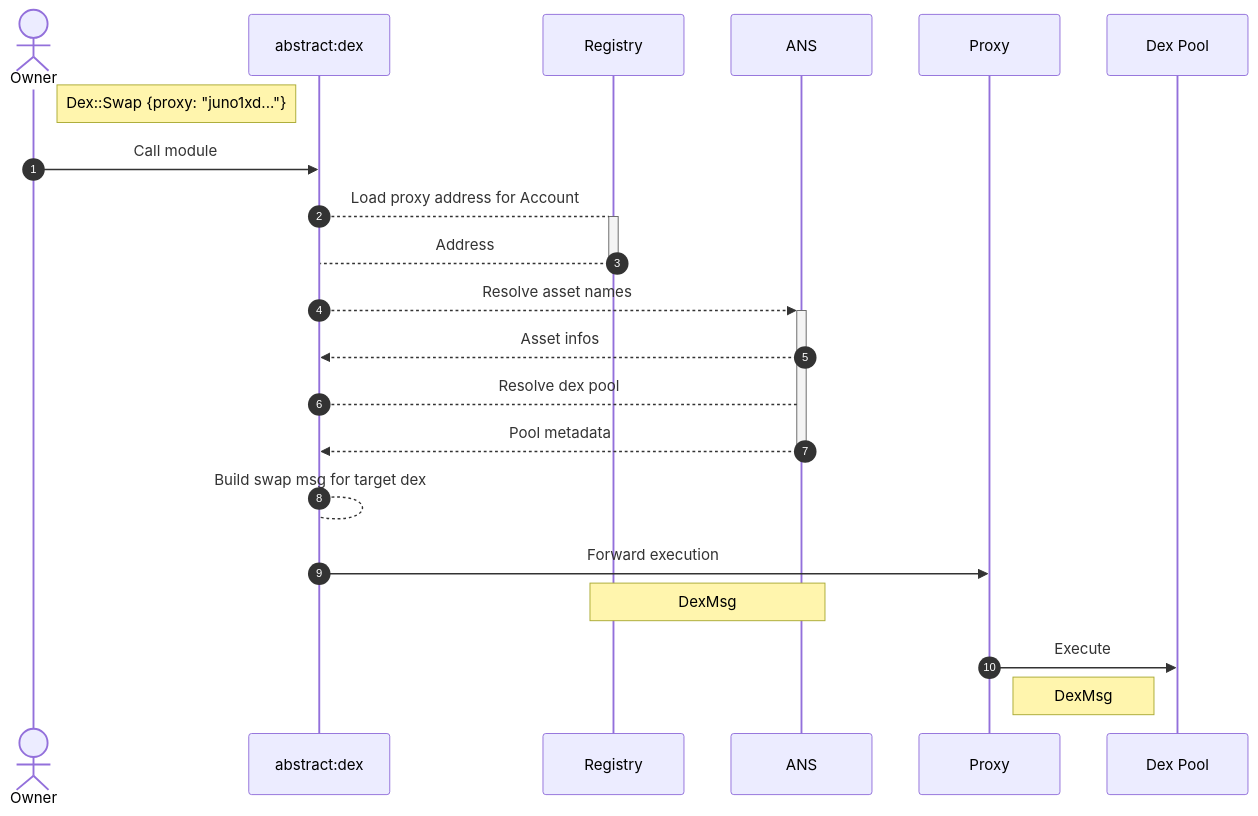
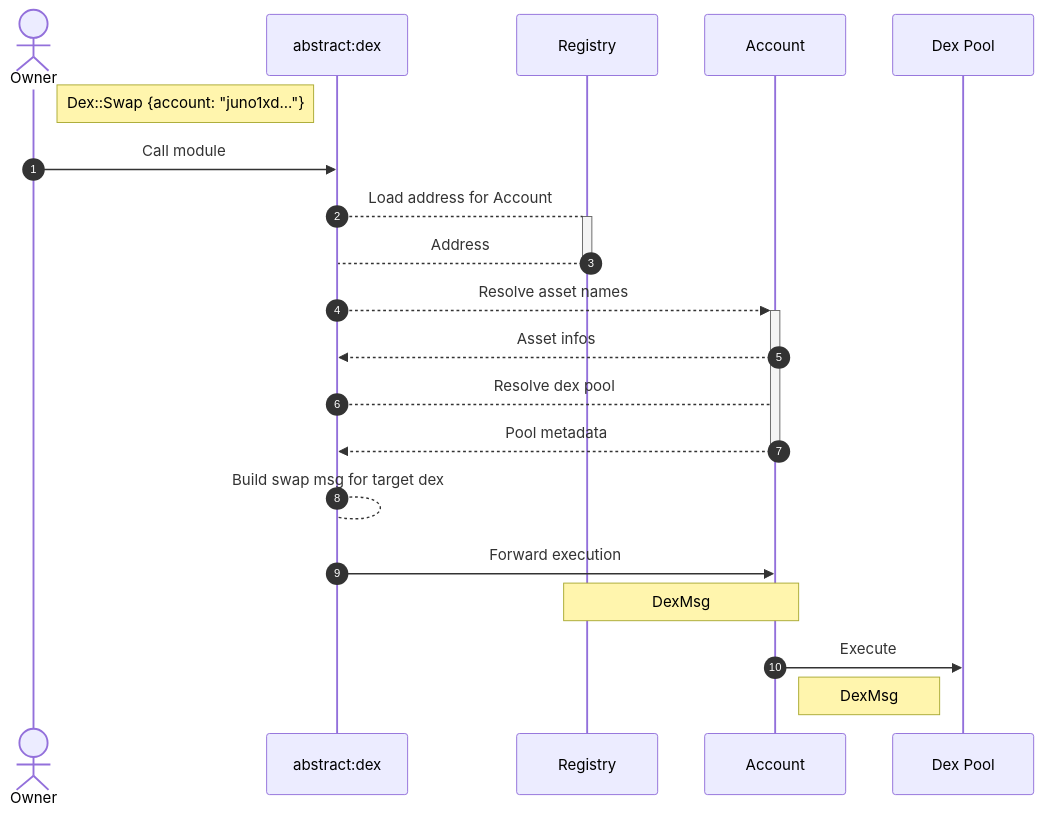
One commit to AbstractSDK/abstract changed the fourth of 5 diagrams in framework/docs/src/5_platform/8_modules.md. Above: the diagram before and after it, drawn with Mermaid. The commit also changed other lines of this file and 3 other files, not shown here.

````diff
--- a/framework/docs/src/5_platform/8_modules.md
+++ b/framework/docs/src/5_platform/8_modules.md
@@ -127,23 +123,23 @@
 ```mermaid
 sequenceDiagram
     autonumber
     actor U as Owner
     participant D as abstract:dex
     participant REG as Registry
     participant A as ANS
-    participant P as Proxy
+    participant A as Account
     participant T as Dex Pool
-    Note right of U: Dex::Swap {proxy: "juno1xd..."}
+    Note right of U: Dex::Swap {account: "juno1xd..."}
     U ->> D: Call module
-    D -->+ REG: Load proxy address for Account
+    D -->+ REG: Load address for Account
     REG -->- D: Address
     D -->>+ A: Resolve asset names
     A -->> D: Asset infos
     D --> A: Resolve dex pool
     A -->>- D: Pool metadata
     D --> D: Build swap msg for target dex
-    D ->> P: Forward execution
+    D ->> A: Forward execution
     Note over REG, A: DexMsg
-    P ->> T: Execute
-    Note right of P: DexMsg
+    A ->> T: Execute
+    Note right of A: DexMsg
 ```
````
